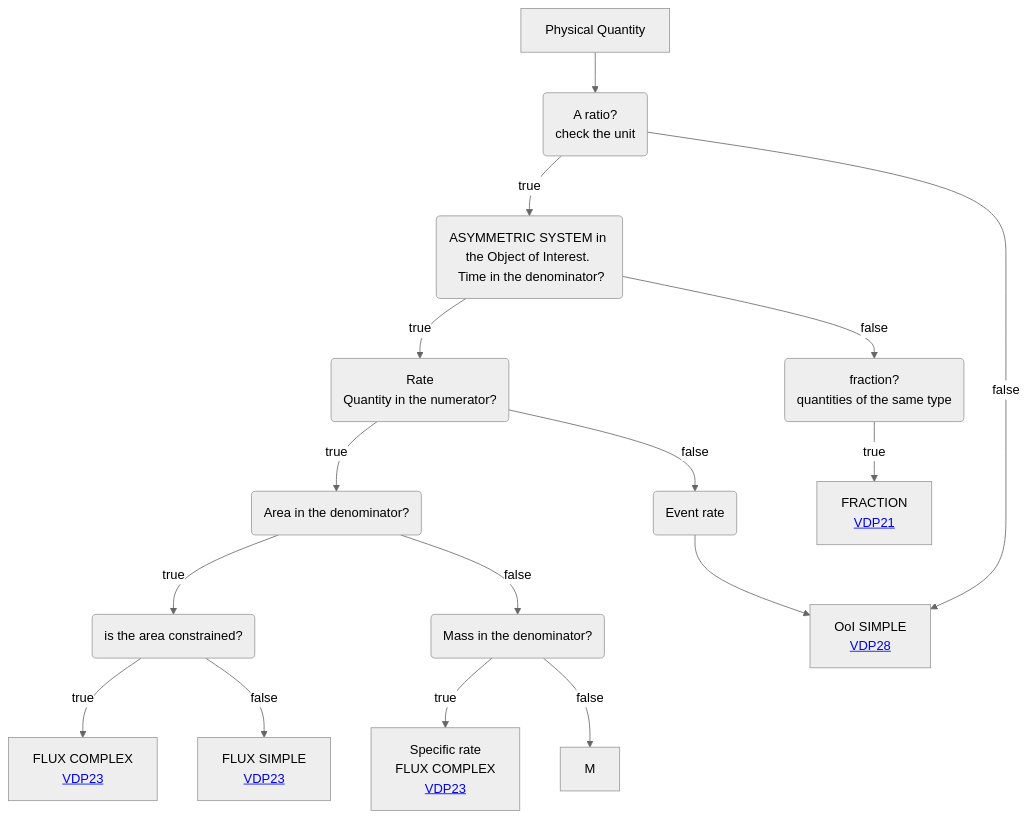
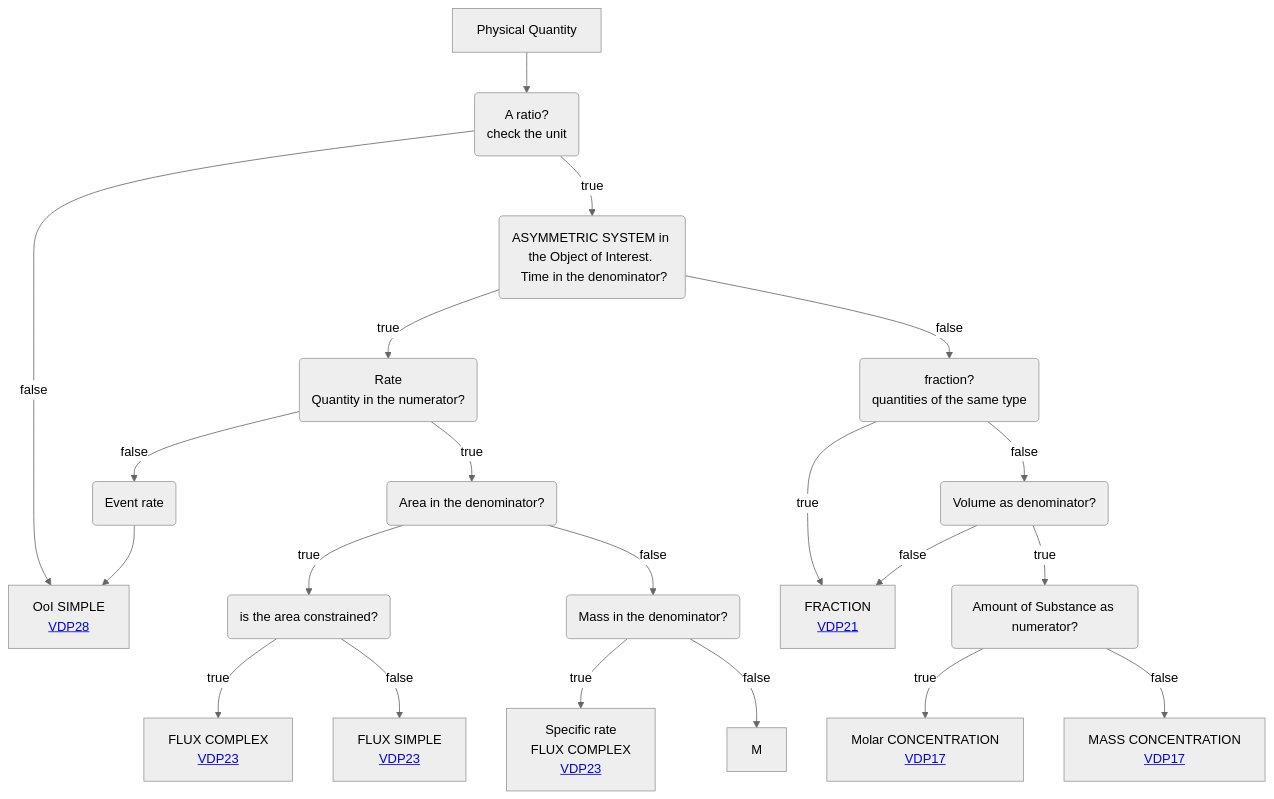
The diagram in Decisition_trees/DT2.mmd (mabablue/I-ADOPT-patterns-playground), drawn with Mermaid (neutral theme) before and after one commit.

```diff
--- a/Decisition_trees/DT2.mmd
+++ b/Decisition_trees/DT2.mmd
@@ -1,16 +1,21 @@
 flowchart TD
     A[Physical Quantity] --> B(A ratio?<br>check the unit)
     B --> |true|C(ASYMMETRIC SYSTEM in the Object of Interest. <br> Time in the denominator?) 
     B --> |false|I[OoI SIMPLE <br> <a href='https://github.com/mabablue/I-ADOPT-patterns-playground/blob/main/pattern/VDP28.yaml'>VDP28</a>]
     C --> |true|N(Rate <br> Quantity in the numerator?)
     C --> |false|D(fraction? <br> quantities of the same type)
     E --> |true|F(is the area constrained?)
     E --> |false|K(Mass in the denominator?) 
     F --> |true|G[FLUX COMPLEX <br> <a href='https://github.com/mabablue/I-ADOPT-patterns-playground/blob/main/pattern/VDP23.yaml'>VDP23</a>]
     F --> |false|H[FLUX SIMPLE <br> <a href='https://github.com/mabablue/I-ADOPT-patterns-playground/blob/main/pattern/VDP18.yaml'>VDP23</a>]
     K --> |true|L[Specific rate <br> FLUX COMPLEX <br> <a href='https://github.com/mabablue/I-ADOPT-patterns-playground/blob/main/pattern/VDP23.yaml'>VDP23</a>]
     K --> |false|M
     N --> |true|E(Area in the denominator?)
     N --> |false|O(Event rate)
     O --> I
     D --> |true|J[FRACTION <br> <a href='https://github.com/mabablue/I-ADOPT-patterns-playground/blob/main/pattern/VDP21.yaml'>VDP21</a>]
+    D --> |false|P(Volume as denominator?)
+    P --> |true|Q(Amount of Substance as numerator?)
+    Q --> |true|R[Molar CONCENTRATION <br> <a href='https://github.com/mabablue/I-ADOPT-patterns-playground/blob/main/pattern/VDP17.yaml'>VDP17</a>]
+    Q --> |false|S[MASS CONCENTRATION <br> <a href='https://github.com/mabablue/I-ADOPT-patterns-playground/blob/main/pattern/VDP17.yaml'>VDP17</a>]
+    P --> |false|J[FRACTION <br> <a href='https://github.com/mabablue/I-ADOPT-patterns-playground/blob/main/pattern/VDP21.yaml'>VDP21</a>]
```
